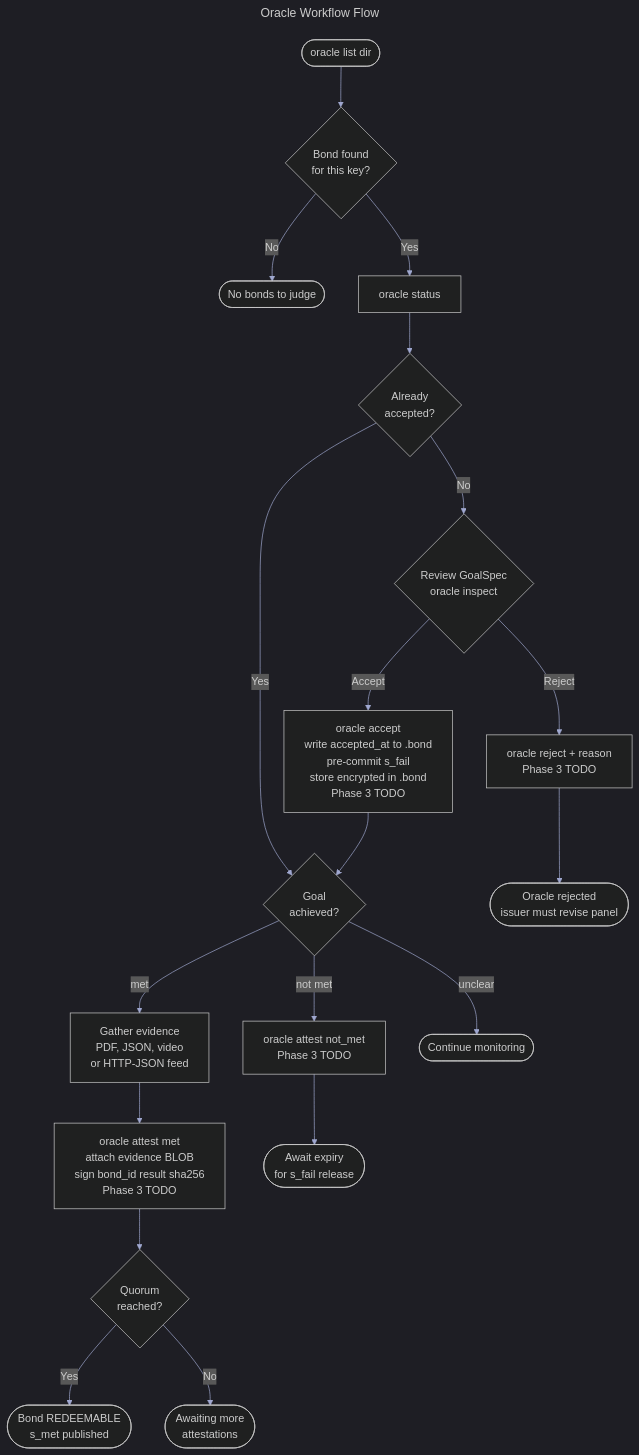
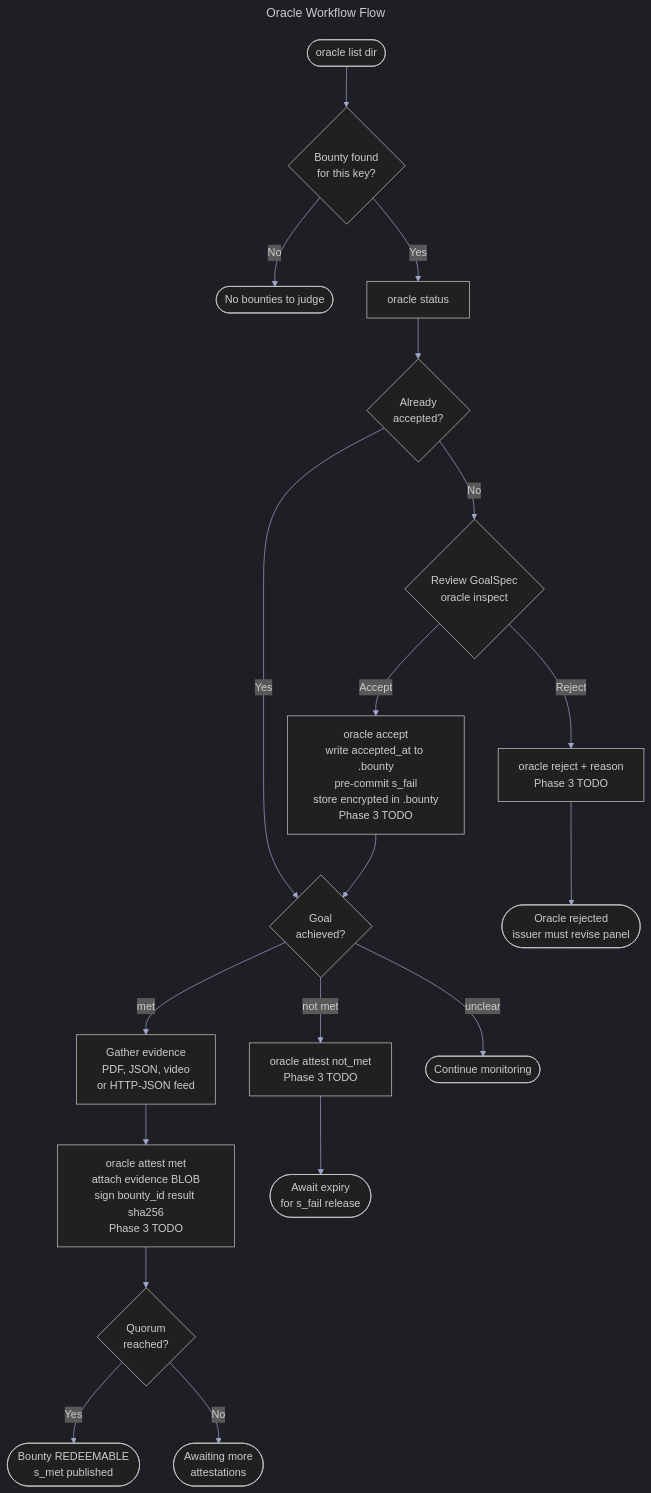
The diagram in docs/storyboards/archive/oracle-flow.mmd (archerships/nyxforge), drawn with Mermaid before and after one commit. The commit also changed 86 other files, not shown here.

First line of the commit message:
rename: bond -> bounty across code and docs

```diff
--- a/docs/storyboards/archive/oracle-flow.mmd
+++ b/docs/storyboards/archive/oracle-flow.mmd
@@ -1,30 +1,30 @@
 ---
 title: Oracle Workflow Flow
 ---
 %%{init: {"fontSize": 18, "theme": "dark", "themeVariables": {"primaryColor": "#1e2030", "primaryTextColor": "#ffffff", "primaryBorderColor": "#5e6ad2", "lineColor": "#a0a8d0", "secondaryColor": "#2a2d3e", "tertiaryColor": "#131421"}, "flowchart": {"diagramPadding": 30, "nodeSpacing": 50, "rankSpacing": 60}}}%%
 flowchart TD
-    LIST([oracle list dir]) --> FOUND{"Bond found\nfor this key?"}
-    FOUND -->|No| NONE([No bonds to judge])
+    LIST([oracle list dir]) --> FOUND{"Bounty found\nfor this key?"}
+    FOUND -->|No| NONE([No bounties to judge])
     FOUND -->|Yes| OSTATUS[oracle status]
 
     OSTATUS --> ACCEPTED{"Already\naccepted?"}
 
     ACCEPTED -->|No| REVIEW{"Review GoalSpec\noracle inspect"}
-    REVIEW -->|Accept| ACCEPT[oracle accept\nwrite accepted_at to .bond\npre-commit s_fail\nstore encrypted in .bond\nPhase 3 TODO]
+    REVIEW -->|Accept| ACCEPT[oracle accept\nwrite accepted_at to .bounty\npre-commit s_fail\nstore encrypted in .bounty\nPhase 3 TODO]
     REVIEW -->|Reject| REJECT[oracle reject + reason\nPhase 3 TODO]
 
     ACCEPTED -->|Yes| ATTEST_READY{"Goal\nachieved?"}
 
     ATTEST_READY -->|met| EVIDENCE["Gather evidence\nPDF, JSON, video\nor HTTP-JSON feed"]
     ATTEST_READY -->|not met| ATTEST_FAIL[oracle attest not_met\nPhase 3 TODO]
     ATTEST_READY -->|unclear| WAIT([Continue monitoring])
 
-    EVIDENCE --> ATTEST_MET[oracle attest met\nattach evidence BLOB\nsign bond_id result sha256\nPhase 3 TODO]
+    EVIDENCE --> ATTEST_MET[oracle attest met\nattach evidence BLOB\nsign bounty_id result sha256\nPhase 3 TODO]
 
     ATTEST_MET --> QUORUM{"Quorum\nreached?"}
-    QUORUM -->|Yes| REDEEMABLE([Bond REDEEMABLE\ns_met published])
+    QUORUM -->|Yes| REDEEMABLE([Bounty REDEEMABLE\ns_met published])
     QUORUM -->|No| WAIT2([Awaiting more\nattestations])
 
     ACCEPT --> ATTEST_READY
     REJECT --> DONE([Oracle rejected\nissuer must revise panel])
     ATTEST_FAIL --> EXPIRY([Await expiry\nfor s_fail release])
```
